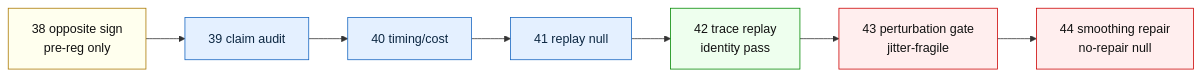
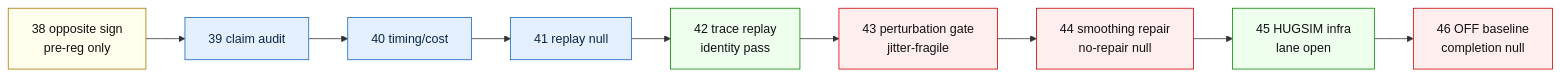
The fourth of 6 diagrams in README.md (manfromnowhere143/sentinel), drawn with Mermaid before and after one commit. The commit also changed other lines of this file and 4 other files, not shown here.

````diff
--- a/README.md
+++ b/README.md
@@ -168,17 +172,19 @@
 ```mermaid
 flowchart LR
   O38["38 opposite sign<br/>pre-reg only"] --> A39["39 claim audit"]
   A39 --> A40["40 timing/cost"]
   A40 --> A41["41 replay null"]
   A41 --> A42["42 trace replay<br/>identity pass"]
   A42 --> A43["43 perturbation gate<br/>jitter-fragile"]
   A43 --> A44["44 smoothing repair<br/>no-repair null"]
+  A44 --> A45["45 HUGSIM infra<br/>lane open"]
+  A45 --> A46["46 OFF baseline<br/>completion null"]
   classDef ask fill:#ffe,stroke:#a70,color:#111;
   classDef audit fill:#e4f0ff,stroke:#1565c0,color:#0c2742;
   classDef win fill:#efe,stroke:#080,color:#111;
   classDef bad fill:#fee,stroke:#c00,color:#111;
   class O38 ask;
   class A39,A40,A41 audit;
-  class A42 win;
-  class A43,A44 bad;
+  class A42,A45 win;
+  class A43,A44,A46 bad;
 ```
````
